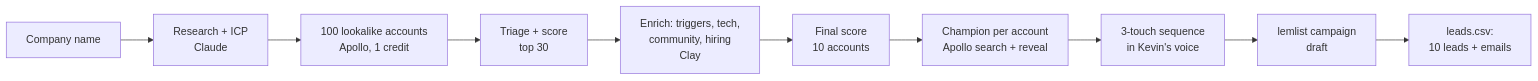
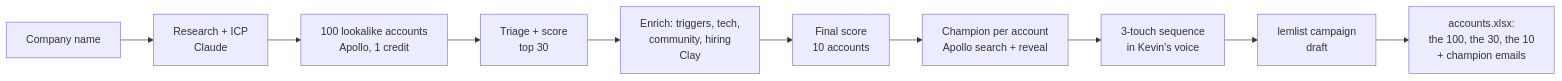
One commit to bkevin04/Outbound-Agent changed the diagram in README.md. Above: the diagram before and after it, drawn with Mermaid. The commit also changed other lines of this file and 14 other files, not shown here.

````diff
--- a/README.md
+++ b/README.md
@@ -5,12 +5,12 @@
 ```mermaid
 flowchart LR
   A[Company name] --> B[Research + ICP<br/>Claude]
   B --> C[100 lookalike accounts<br/>Apollo, 1 credit]
   C --> D[Triage + score<br/>top 30]
   D --> E[Enrich: triggers, tech,<br/>community, hiring<br/>Clay]
   E --> F[Final score<br/>10 accounts]
   F --> G[Champion per account<br/>Apollo search + reveal]
   G --> H[3-touch sequence<br/>in Kevin's voice]
   H --> I[lemlist campaign<br/>draft]
-  I --> J[leads.csv:<br/>10 leads + emails]
+  I --> J[accounts.xlsx:<br/>the 100, the 30, the 10<br/>+ champion emails]
 ```
````
